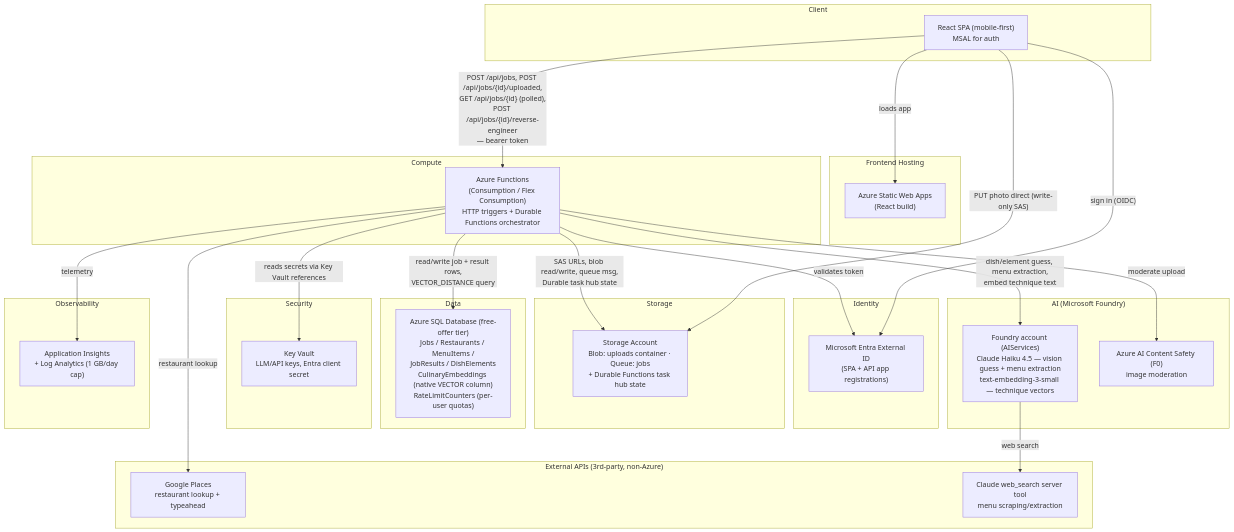
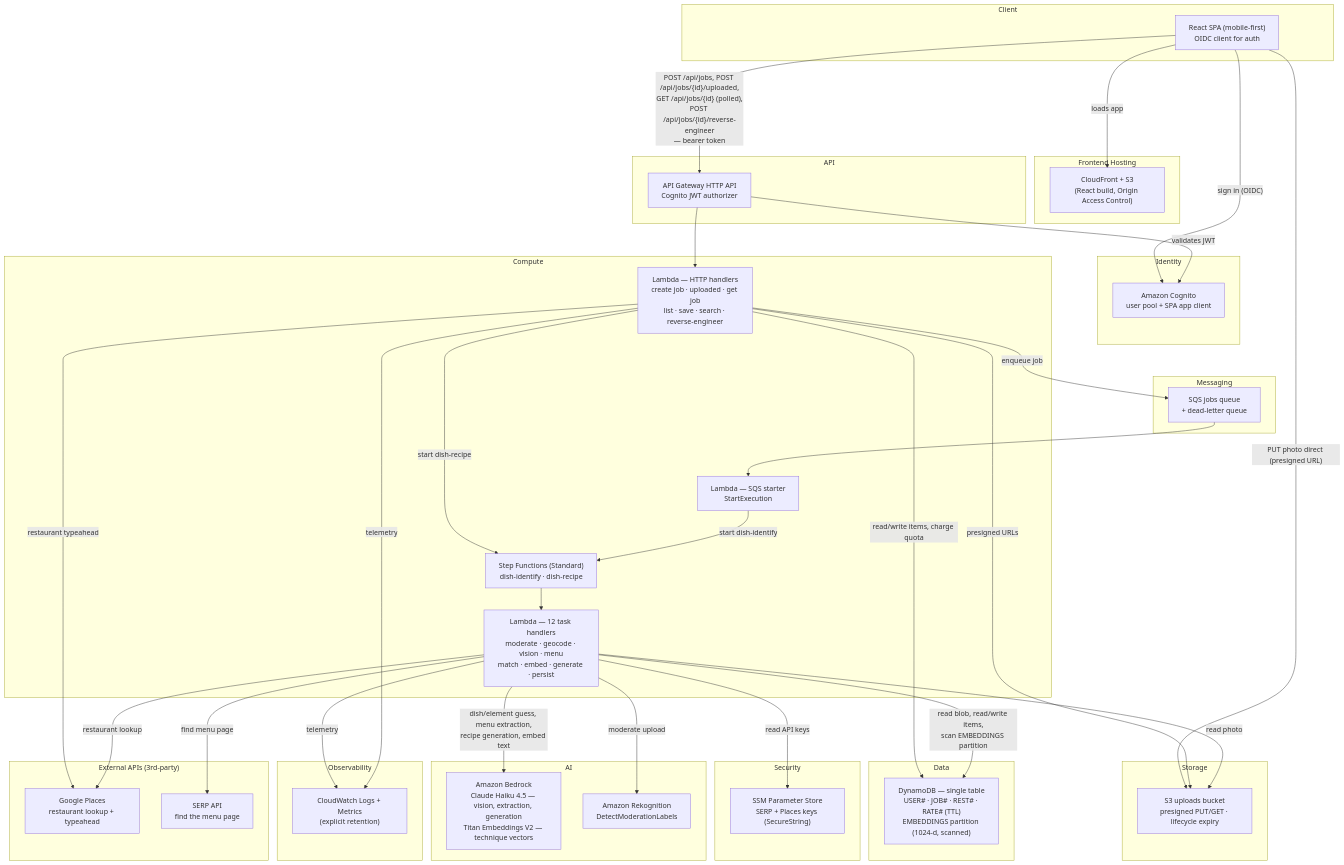
Before and after one commit to joelwood420/Replate: the diagram in docs/architecture.md, drawn with Mermaid. The commit also changed other lines of this file and 15 other files, not shown here.

````diff
--- a/docs/architecture.md
+++ b/docs/architecture.md
@@ -17,59 +21,82 @@
 ```mermaid
 flowchart TB
     subgraph Client["Client"]
-        Browser["React SPA (mobile-first)<br/>MSAL for auth"]
+        Browser["React SPA (mobile-first)<br/>OIDC client for auth"]
     end
 
     subgraph Identity["Identity"]
-        EntraID["Microsoft Entra External ID<br/>(SPA + API app registrations)"]
+        Cognito["Amazon Cognito<br/>user pool + SPA app client"]
     end
 
     subgraph Hosting["Frontend Hosting"]
-        SWA["Azure Static Web Apps<br/>(React build)"]
+        CF["CloudFront + S3<br/>(React build, Origin Access Control)"]
+    end
+
+    subgraph Edge["API"]
+        APIGW["API Gateway HTTP API<br/>Cognito JWT authorizer"]
     end
 
     subgraph Compute["Compute"]
-        FuncApp["Azure Functions<br/>(Consumption / Flex Consumption)<br/>HTTP triggers + Durable Functions orchestrator"]
+        HttpFns["Lambda — HTTP handlers<br/>create job · uploaded · get job<br/>list · save · search · reverse-engineer"]
+        Starter["Lambda — SQS starter<br/>StartExecution"]
+        SFN["Step Functions (Standard)<br/>dish-identify · dish-recipe"]
+        TaskFns["Lambda — 12 task handlers<br/>moderate · geocode · vision · menu<br/>match · embed · generate · persist"]
+    end
+
+    subgraph Messaging["Messaging"]
+        SQS["SQS jobs queue<br/>+ dead-letter queue"]
     end
 
     subgraph Storage["Storage"]
-        StorageAcct["Storage Account<br/>Blob: uploads container · Queue: jobs<br/>+ Durable Functions task hub state"]
+        S3U["S3 uploads bucket<br/>presigned PUT/GET · lifecycle expiry"]
     end
 
     subgraph Data["Data"]
-        SQL["Azure SQL Database (free-offer tier)<br/>Jobs / Restaurants / MenuItems /<br/>JobResults / DishElements<br/>CulinaryEmbeddings (native VECTOR column)<br/>RateLimitCounters (per-user quotas)"]
+        DDB["DynamoDB — single table<br/>USER# · JOB# · REST# · RATE# (TTL)<br/>EMBEDDINGS partition (1024-d, scanned)"]
     end
 
     subgraph Security["Security"]
-        KeyVault["Key Vault<br/>LLM/API keys, Entra client secret"]
+        SSM["SSM Parameter Store<br/>SERP + Places keys (SecureString)"]
     end
 
-    subgraph AI["AI (Microsoft Foundry)"]
-        Foundry["Foundry account (AIServices)<br/>Claude Haiku 4.5 — vision guess + menu extraction<br/>text-embedding-3-small — technique vectors"]
-        ContentSafety["Azure AI Content Safety (F0)<br/>image moderation"]
+    subgraph AI["AI"]
+        Bedrock["Amazon Bedrock<br/>Claude Haiku 4.5 — vision, extraction, generation<br/>Titan Embeddings V2 — technique vectors"]
+        Rek["Amazon Rekognition<br/>DetectModerationLabels"]
     end
 
     subgraph Observability["Observability"]
-        AppInsights["Application Insights<br/>+ Log Analytics (1 GB/day cap)"]
+        CW["CloudWatch Logs + Metrics<br/>(explicit retention)"]
     end
 
-    subgraph External["External APIs (3rd-party, non-Azure)"]
+    subgraph External["External APIs (3rd-party)"]
         Places["Google Places<br/>restaurant lookup + typeahead"]
-        WebSearch["Claude web_search server tool<br/>menu scraping/extraction"]
+        Serp["SERP API<br/>find the menu page"]
     end
 
-    Browser -- "sign in (OIDC)" --> EntraID
-    Browser -- "loads app" --> SWA
-    Browser -- "POST /api/jobs, POST /api/jobs/{id}/uploaded,<br/>GET /api/jobs/{id} (polled),<br/>POST /api/jobs/{id}/reverse-engineer<br/>— bearer token" --> FuncApp
-    Browser -- "PUT photo direct (write-only SAS)" --> StorageAcct
+    Browser -- "sign in (OIDC)" --> Cognito
+    Browser -- "loads app" --> CF
+    Browser -- "POST /api/jobs, POST /api/jobs/{id}/uploaded,<br/>GET /api/jobs/{id} (polled),<br/>POST /api/jobs/{id}/reverse-engineer<br/>— bearer token" --> APIGW
+    Browser -- "PUT photo direct (presigned URL)" --> S3U
 
-    FuncApp -- "validates token" --> EntraID
-    FuncApp -- "SAS URLs, blob read/write, queue msg,<br/>Durable task hub state" --> StorageAcct
-    FuncApp -- "reads secrets via Key Vault references" --> KeyVault
-    FuncApp -- "restaurant lookup" --> Places
-    FuncApp -- "dish/element guess, menu extraction,<br/>embed technique text" --> Foundry
-    Foundry -- "web search" --> WebSearch
-    FuncApp -- "moderate upload" --> ContentSafety
-    FuncApp -- "read/write job + result rows,<br/>VECTOR_DISTANCE query" --> SQL
-    FuncApp -- "telemetry" --> AppInsights
+    APIGW -- "validates JWT" --> Cognito
+    APIGW --> HttpFns
+    HttpFns -- "presigned URLs" --> S3U
+    HttpFns -- "enqueue job" --> SQS
+    HttpFns -- "read/write items, charge quota" --> DDB
+    HttpFns -- "start dish-recipe" --> SFN
+    HttpFns -- "restaurant typeahead" --> Places
+
+    SQS --> Starter
+    Starter -- "start dish-identify" --> SFN
+    SFN --> TaskFns
+
+    TaskFns -- "moderate upload" --> Rek
+    TaskFns -- "dish/element guess, menu extraction,<br/>recipe generation, embed text" --> Bedrock
+    TaskFns -- "find menu page" --> Serp
+    TaskFns -- "restaurant lookup" --> Places
+    TaskFns -- "read blob, read/write items,<br/>scan EMBEDDINGS partition" --> DDB
+    TaskFns -- "read photo" --> S3U
+    TaskFns -- "read API keys" --> SSM
+    TaskFns -- "telemetry" --> CW
+    HttpFns -- "telemetry" --> CW
 ```
````
